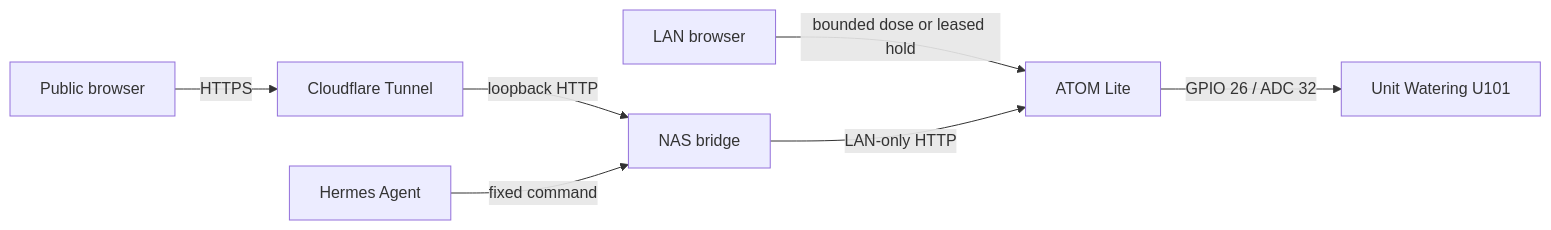
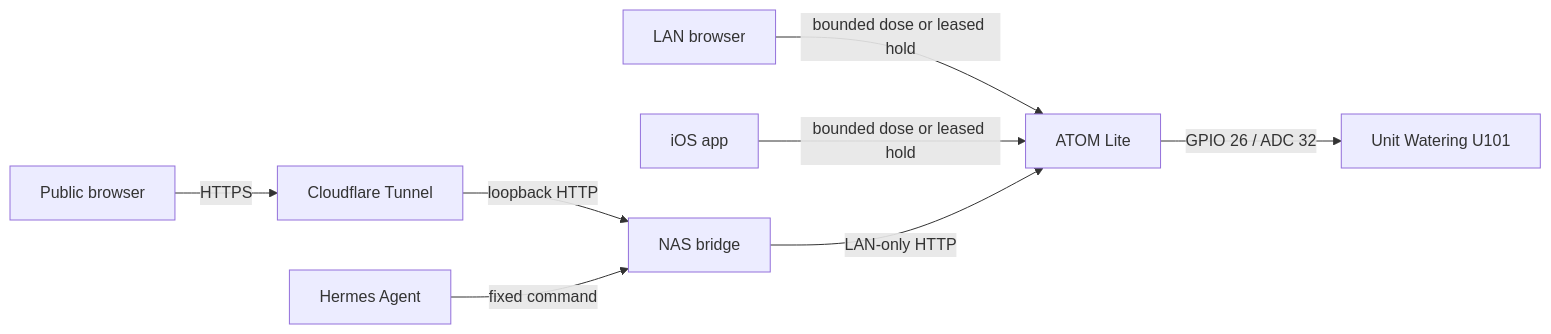
One commit to kandotrun/tree changed the diagram in README.md. Above: the diagram before and after it, drawn with Mermaid. The commit also changed other lines of this file and 35 other files, not shown here.

````diff
--- a/README.md
+++ b/README.md
@@ -17,9 +18,10 @@
 ```mermaid
 flowchart LR
     W[LAN browser] -->|bounded dose or leased hold| A[ATOM Lite]
+    I[iOS app] -->|bounded dose or leased hold| A
     P[Public browser] -->|HTTPS| C[Cloudflare Tunnel]
     C -->|loopback HTTP| B[NAS bridge]
     H[Hermes Agent] -->|fixed command| B
     B -->|LAN-only HTTP| A[ATOM Lite]
     A -->|GPIO 26 / ADC 32| U[Unit Watering U101]
 ```
````
